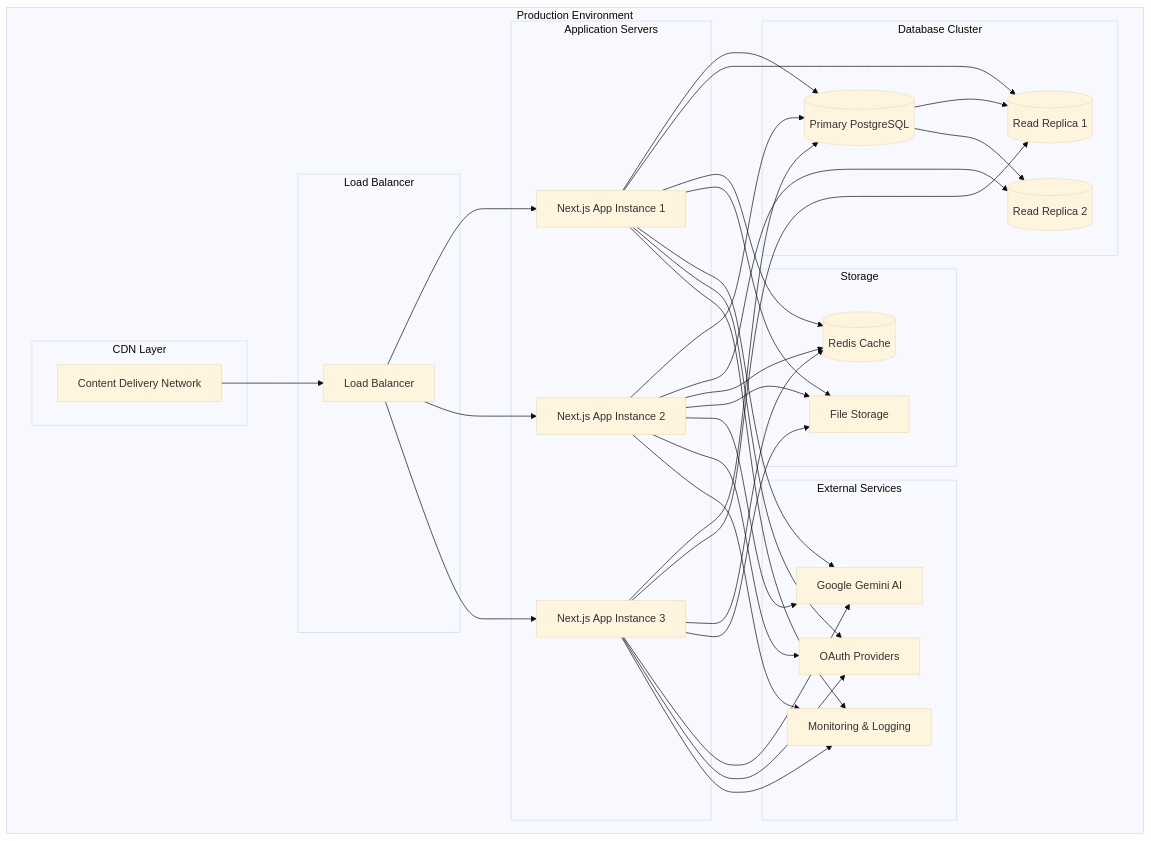
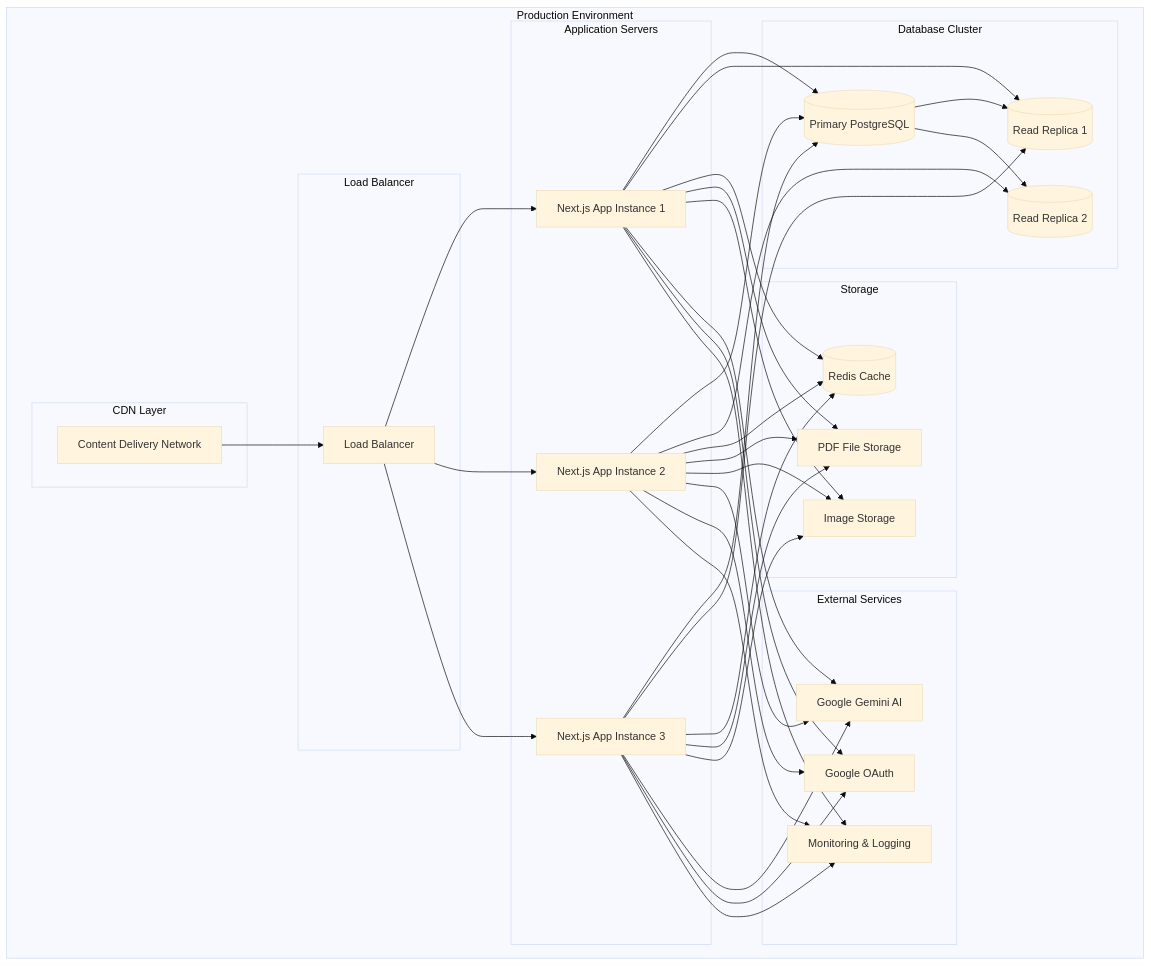
One commit to H3xKatana/EstinBib-new changed the tenth of 10 diagrams in README.md. Above: the diagram before and after it, drawn with Mermaid (base theme). The commit also changed other lines of this file, not shown here.

````diff
--- a/README.md
+++ b/README.md
@@ -425,70 +600,75 @@
 ```mermaid
 graph TB
     subgraph "Production Environment"
         subgraph "CDN Layer"
             CDN[Content Delivery Network]
         end
         
         subgraph "Load Balancer"
             LB[Load Balancer]
         end
         
         subgraph "Application Servers"
             APP1[Next.js App Instance 1]
             APP2[Next.js App Instance 2]
             APP3[Next.js App Instance 3]
         end
         
         subgraph "Database Cluster"
             PRIMARY[(Primary PostgreSQL)]
             REPLICA1[(Read Replica 1)]
             REPLICA2[(Read Replica 2)]
         end
         
         subgraph "External Services"
             GEMINI_PROD[Google Gemini AI]
-            AUTH_PROVIDER[OAuth Providers]
+            GOOGLE_AUTH[Google OAuth]
             MONITORING[Monitoring & Logging]
         end
         
         subgraph "Storage"
             REDIS[(Redis Cache)]
-            S3[File Storage]
+            PDF_STORAGE[PDF File Storage]
+            IMAGE_STORAGE[Image Storage]
         end
     end
     
     CDN --> LB
     LB --> APP1
     LB --> APP2
     LB --> APP3
     
     APP1 --> PRIMARY
     APP1 --> REPLICA1
     APP2 --> PRIMARY  
     APP2 --> REPLICA2
     APP3 --> PRIMARY
     APP3 --> REPLICA1
     
     APP1 --> REDIS
     APP2 --> REDIS
     APP3 --> REDIS
     
-    APP1 --> S3
-    APP2 --> S3
-    APP3 --> S3
+    APP1 --> PDF_STORAGE
+    APP2 --> PDF_STORAGE
+    APP3 --> PDF_STORAGE
+    
+    APP1 --> IMAGE_STORAGE
+    APP2 --> IMAGE_STORAGE
+    APP3 --> IMAGE_STORAGE
     
     APP1 --> GEMINI_PROD
     APP2 --> GEMINI_PROD
     APP3 --> GEMINI_PROD
     
-    APP1 --> AUTH_PROVIDER
-    APP2 --> AUTH_PROVIDER
-    APP3 --> AUTH_PROVIDER
+    APP1 --> GOOGLE_AUTH
+    APP2 --> GOOGLE_AUTH
+    APP3 --> GOOGLE_AUTH
     
     PRIMARY --> REPLICA1
     PRIMARY --> REPLICA2
     
     APP1 --> MONITORING
     APP2 --> MONITORING
     APP3 --> MONITORING
 ```
````
